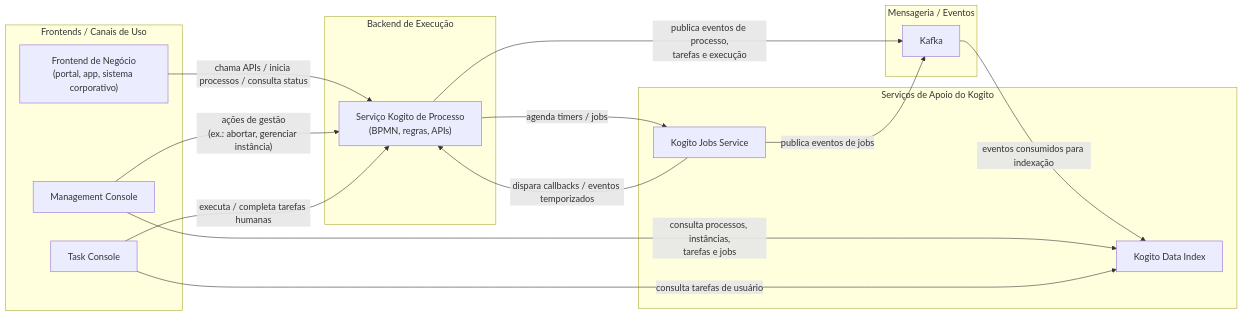
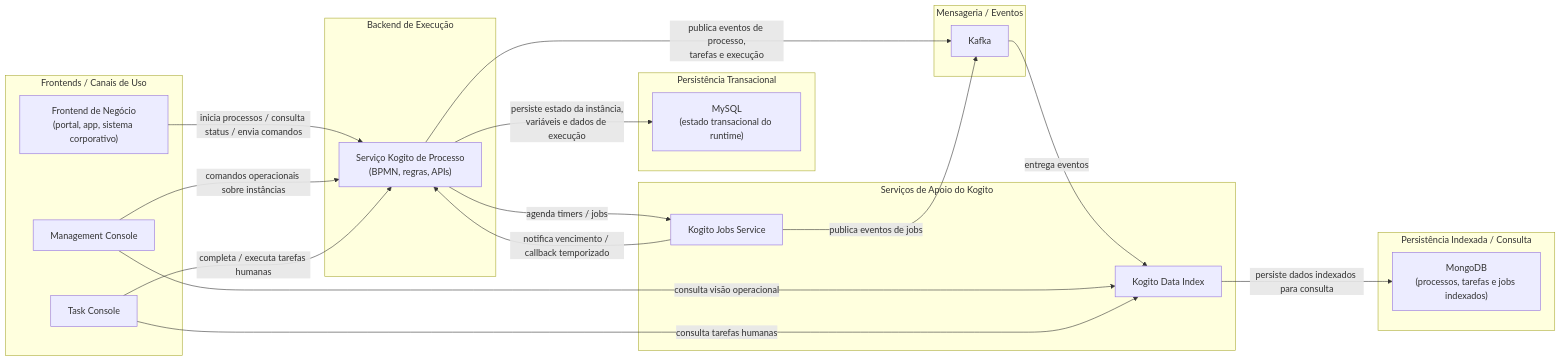
The diagram in docs/componentes.mmd (rosarioyoshida/fidc-cdc-kogito), drawn with Mermaid before and after one commit. The commit also changed 19 other files, not shown here.

```diff
--- a/docs/componentes.mmd
+++ b/docs/componentes.mmd
@@ -1,39 +1,46 @@
 flowchart LR
     subgraph FE["Frontends / Canais de Uso"]
         U1["Frontend de Negócio<br/>(portal, app, sistema corporativo)"]
         U2["Management Console"]
         U3["Task Console"]
     end
 
     subgraph BE["Backend de Execução"]
         KPS["Serviço Kogito de Processo<br/>(BPMN, regras, APIs)"]
     end
 
+    subgraph RDB["Persistência Transacional"]
+        MYSQL["MySQL<br/>(estado transacional do runtime)"]
+    end
+
     subgraph EVT["Mensageria / Eventos"]
         KAFKA["Kafka"]
     end
 
     subgraph SUP["Serviços de Apoio do Kogito"]
         DI["Kogito Data Index"]
         JOBS["Kogito Jobs Service"]
     end
 
-    %% Uso funcional
-    U1 -->|"chama APIs / inicia processos / consulta status"| KPS
+    subgraph IDX["Persistência Indexada / Consulta"]
+        MONGO["MongoDB<br/>(processos, tarefas e jobs indexados)"]
+    end
 
-    %% Execução e eventos
+    U1 -->|"inicia processos / consulta status / envia comandos"| KPS
+
+    KPS -->|"persiste estado da instância,<br/>variáveis e dados de execução"| MYSQL
+
     KPS -->|"publica eventos de processo,<br/>tarefas e execução"| KAFKA
-    KAFKA -->|"eventos consumidos para indexação"| DI
+    JOBS -->|"publica eventos de jobs"| KAFKA
+    KAFKA -->|"entrega eventos"| DI
 
-    %% Jobs / timers
+    DI -->|"persiste dados indexados para consulta"| MONGO
+
     KPS -->|"agenda timers / jobs"| JOBS
-    JOBS -->|"dispara callbacks / eventos temporizados"| KPS
-    JOBS -->|"publica eventos de jobs"| KAFKA
+    JOBS -->|"notifica vencimento / callback temporizado"| KPS
 
-    %% Consoles consultando Data Index
-    U2 -->|"consulta processos, instâncias,<br/>tarefas e jobs"| DI
-    U3 -->|"consulta tarefas de usuário"| DI
+    U2 -->|"consulta visão operacional"| DI
+    U3 -->|"consulta tarefas humanas"| DI
 
-    %% Consoles interagindo com runtime
-    U2 -->|"ações de gestão<br/>(ex.: abortar, gerenciar instância)"| KPS
-    U3 -->|"executa / completa tarefas humanas"| KPS
+    U2 -->|"comandos operacionais sobre instâncias"| KPS
+    U3 -->|"completa / executa tarefas humanas"| KPS
```
